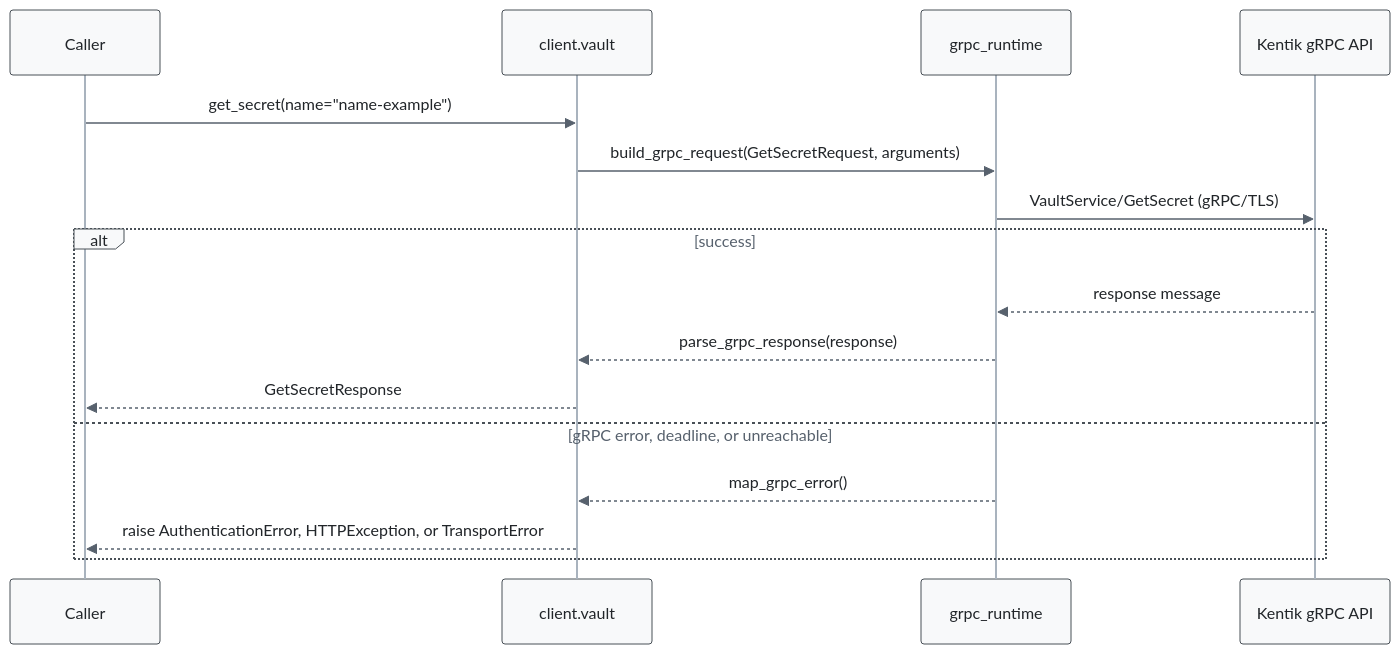
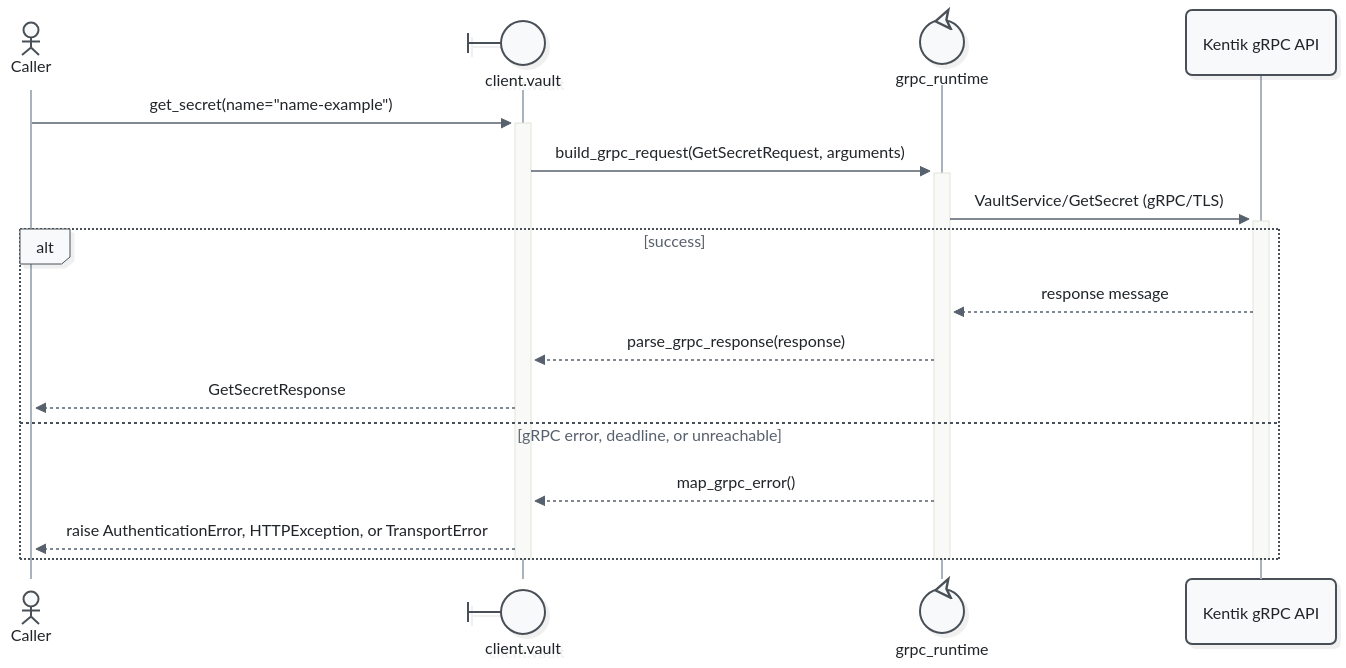
Before and after one commit to alexdearaujo/community_sdk_python: the fourth of 5 diagrams in docs/sphinx/services/vault.md, drawn with Mermaid. The commit also changed other lines of this file and 52 other files, not shown here.

First line of the commit message:
docs: Mermaid 12 sequence diagrams with participant types and path colors

````diff
--- a/docs/sphinx/services/vault.md
+++ b/docs/sphinx/services/vault.md
@@ -133,20 +140,23 @@
 ```mermaid
-%%{init: {"theme": "base", "fontFamily": "ui-monospace, SFMono-Regular, Menlo, monospace", "themeVariables": {"fontFamily": "ui-monospace, SFMono-Regular, Menlo, monospace", "primaryColor": "#f8f9fa", "primaryBorderColor": "#495057", "primaryTextColor": "#212529", "textColor": "#212529", "lineColor": "#77818c", "edgeLabelBackground": "#ffffff", "actorBkg": "#f8f9fa", "actorBorder": "#495057", "actorTextColor": "#212529", "actorLineColor": "#a9b3be", "signalColor": "#57616d", "signalTextColor": "#212529", "labelBoxBkgColor": "#f8f9fa", "labelBoxBorderColor": "#495057", "labelTextColor": "#212529", "loopTextColor": "#57616d", "noteBkgColor": "#fff9db", "noteBorderColor": "#f08c00", "noteTextColor": "#a35a00"}, "flowchart": {"curve": "step", "nodeSpacing": 30, "rankSpacing": 70, "wrappingWidth": 400}}}%%
+%%{init: {"theme": "redux", "look": "neo", "layout": "dagre", "fontFamily": "ui-monospace, SFMono-Regular, Menlo, monospace", "themeVariables": {"fontFamily": "ui-monospace, SFMono-Regular, Menlo, monospace", "primaryColor": "#f8f9fa", "primaryBorderColor": "#495057", "primaryTextColor": "#212529", "textColor": "#212529", "lineColor": "#77818c", "edgeLabelBackground": "#ffffff", "actorBkg": "#f8f9fa", "actorBorder": "#495057", "actorTextColor": "#212529", "actorLineColor": "#a9b3be", "signalColor": "#57616d", "signalTextColor": "#212529", "labelBoxBkgColor": "#f8f9fa", "labelBoxBorderColor": "#495057", "labelTextColor": "#212529", "loopTextColor": "#57616d", "noteBkgColor": "#fff9db", "noteBorderColor": "#f08c00", "noteTextColor": "#a35a00"}, "sequence": {"activationWidth": 16}, "flowchart": {"curve": "step", "nodeSpacing": 30, "rankSpacing": 70, "wrappingWidth": 400}}}%%
 sequenceDiagram
-    participant C as Caller
-    participant W as client.vault
-    participant R as grpc_runtime
+    actor C as Caller
+    participant W@{ "type": "boundary" } as client.vault
+    participant R@{ "type": "control" } as grpc_runtime
     participant API as Kentik gRPC API
 
-    C->>W: get_secret(name="name-example")
-    W->>R: build_grpc_request(GetSecretRequest, arguments)
-    R->>API: VaultService/GetSecret (gRPC/TLS)
+    C->>+W: get_secret(name="name-example")
+    W->>+R: build_grpc_request(GetSecretRequest, arguments)
+    R->>+API: VaultService/GetSecret (gRPC/TLS)
     alt success
         API-->>R: response message
         R-->>W: parse_grpc_response(response)
         W-->>C: GetSecretResponse
     else gRPC error, deadline, or unreachable
         R-->>W: map_grpc_error()
         W-->>C: raise AuthenticationError, HTTPException, or TransportError
     end
+    deactivate API
+    deactivate R
+    deactivate W
 ```
````
